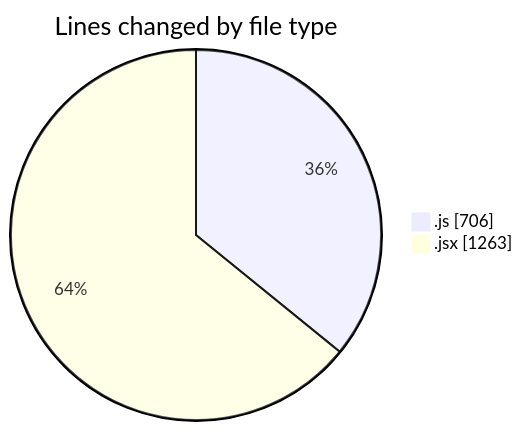
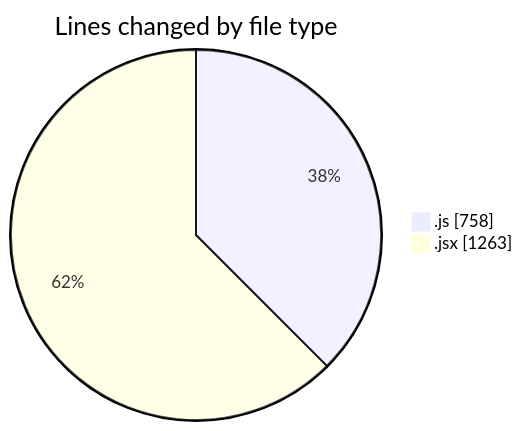
One commit to nxtqubesakshisongat/code-tracking changed the first of 2 diagrams in 2025-05-31/nxtqube_webapp/README.md. Above: the diagram before and after it, drawn with Mermaid. The commit also changed other lines of this file and 1 other file, not shown here.

````diff
--- a/2025-05-31/nxtqube_webapp/README.md
+++ b/2025-05-31/nxtqube_webapp/README.md
@@ -27,6 +28,6 @@
 ```mermaid
 pie showData
 title Lines changed by file type
-".js" : 706
+".js" : 758
 ".jsx" : 1263
 ```
````
